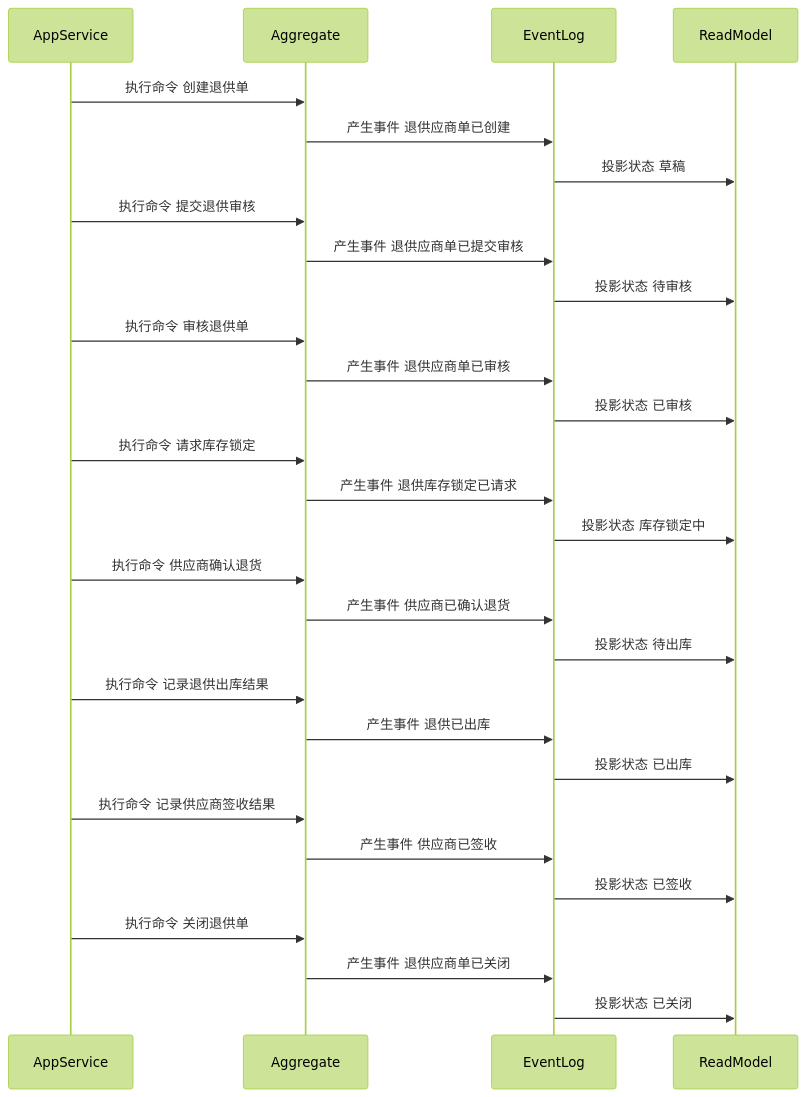
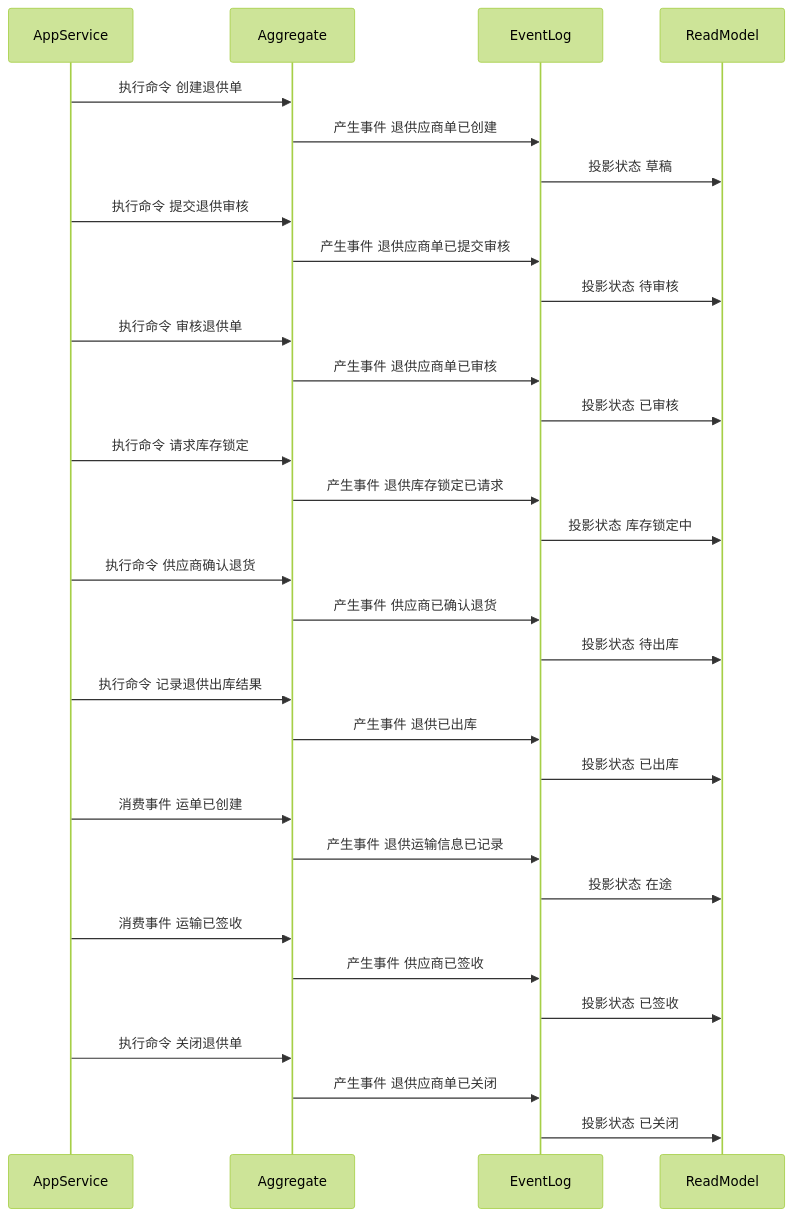
The sixth of 6 diagrams in docs/03-核心业务模型/01-供应商领域模型/11-退供应商单聚合CQRS设计.md (chao1927/scm), drawn with Mermaid (forest theme) before and after one commit. The commit also changed other lines of this file and 118 other files, not shown here.

````diff
--- a/docs/03-核心业务模型/01-供应商领域模型/11-退供应商单聚合CQRS设计.md
+++ b/docs/03-核心业务模型/01-供应商领域模型/11-退供应商单聚合CQRS设计.md
@@ -330,32 +346,35 @@
 ```mermaid
 sequenceDiagram
     participant AppService
     participant Aggregate
     participant EventLog
     participant ReadModel
 
     AppService->>Aggregate: 执行命令 创建退供单
     Aggregate->>EventLog: 产生事件 退供应商单已创建
     EventLog->>ReadModel: 投影状态 草稿
     AppService->>Aggregate: 执行命令 提交退供审核
     Aggregate->>EventLog: 产生事件 退供应商单已提交审核
     EventLog->>ReadModel: 投影状态 待审核
     AppService->>Aggregate: 执行命令 审核退供单
     Aggregate->>EventLog: 产生事件 退供应商单已审核
     EventLog->>ReadModel: 投影状态 已审核
     AppService->>Aggregate: 执行命令 请求库存锁定
     Aggregate->>EventLog: 产生事件 退供库存锁定已请求
     EventLog->>ReadModel: 投影状态 库存锁定中
     AppService->>Aggregate: 执行命令 供应商确认退货
     Aggregate->>EventLog: 产生事件 供应商已确认退货
     EventLog->>ReadModel: 投影状态 待出库
     AppService->>Aggregate: 执行命令 记录退供出库结果
     Aggregate->>EventLog: 产生事件 退供已出库
     EventLog->>ReadModel: 投影状态 已出库
-    AppService->>Aggregate: 执行命令 记录供应商签收结果
+    AppService->>Aggregate: 消费事件 运单已创建
+    Aggregate->>EventLog: 产生事件 退供运输信息已记录
+    EventLog->>ReadModel: 投影状态 在途
+    AppService->>Aggregate: 消费事件 运输已签收
     Aggregate->>EventLog: 产生事件 供应商已签收
     EventLog->>ReadModel: 投影状态 已签收
     AppService->>Aggregate: 执行命令 关闭退供单
     Aggregate->>EventLog: 产生事件 退供应商单已关闭
     EventLog->>ReadModel: 投影状态 已关闭
 ```
````
